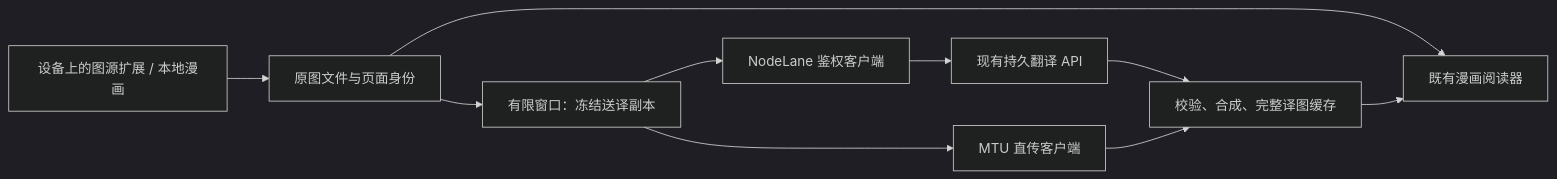
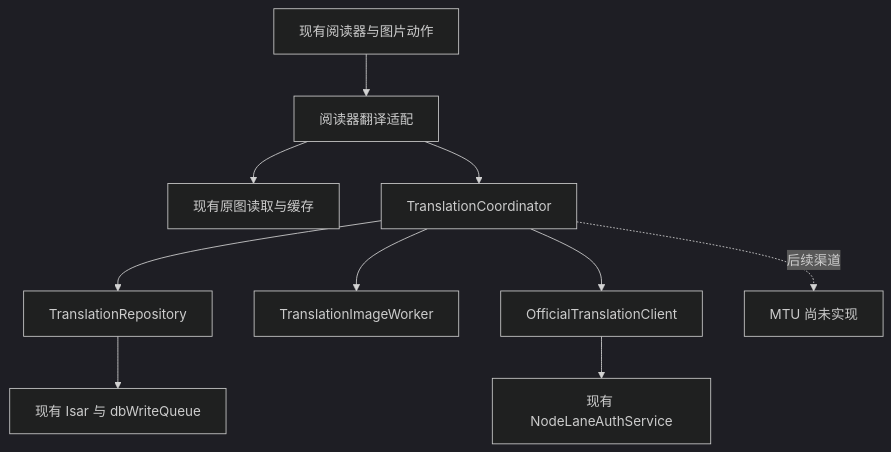
One commit to Wy2926/node-comics-app changed the diagram in docs/NODELANE_INTEGRATION.md. Above: the diagram before and after it, drawn with Mermaid (dark theme). The commit also changed other lines of this file and 39 other files, not shown here.

Commit message:
feat: integrate official NodeLane translation with persistent recovery

````diff
--- a/docs/NODELANE_INTEGRATION.md
+++ b/docs/NODELANE_INTEGRATION.md
@@ -26,12 +50,12 @@
 ```mermaid
-flowchart LR
-  S[设备上的图源扩展 / 本地漫画] --> O[原图文件与页面身份]
-  O --> R[既有漫画阅读器]
-  O --> P[有限窗口：冻结送译副本]
-  P --> A[NodeLane 鉴权客户端]
-  A --> B[现有持久翻译 API]
-  B --> C[校验、合成、完整译图缓存]
-  C --> R
-  P --> M[MTU 直传客户端]
-  M --> C
+flowchart TD
+  V[现有阅读器与图片动作] --> R[阅读器翻译适配]
+  R --> S[现有原图读取与缓存]
+  R --> C[TranslationCoordinator]
+  C --> D[TranslationRepository]
+  D --> DB[现有 Isar 与 dbWriteQueue]
+  C --> W[TranslationImageWorker]
+  C --> O[OfficialTranslationClient]
+  O --> A[现有 NodeLaneAuthService]
+  C -. 后续渠道 .-> M[MTU 尚未实现]
 ```
````
